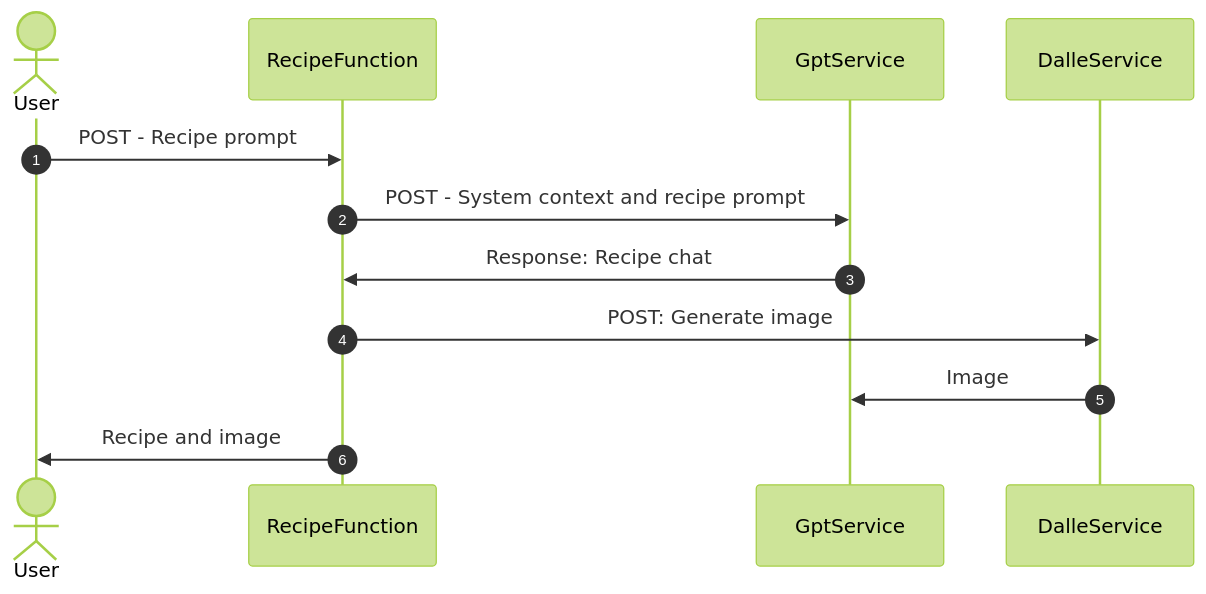
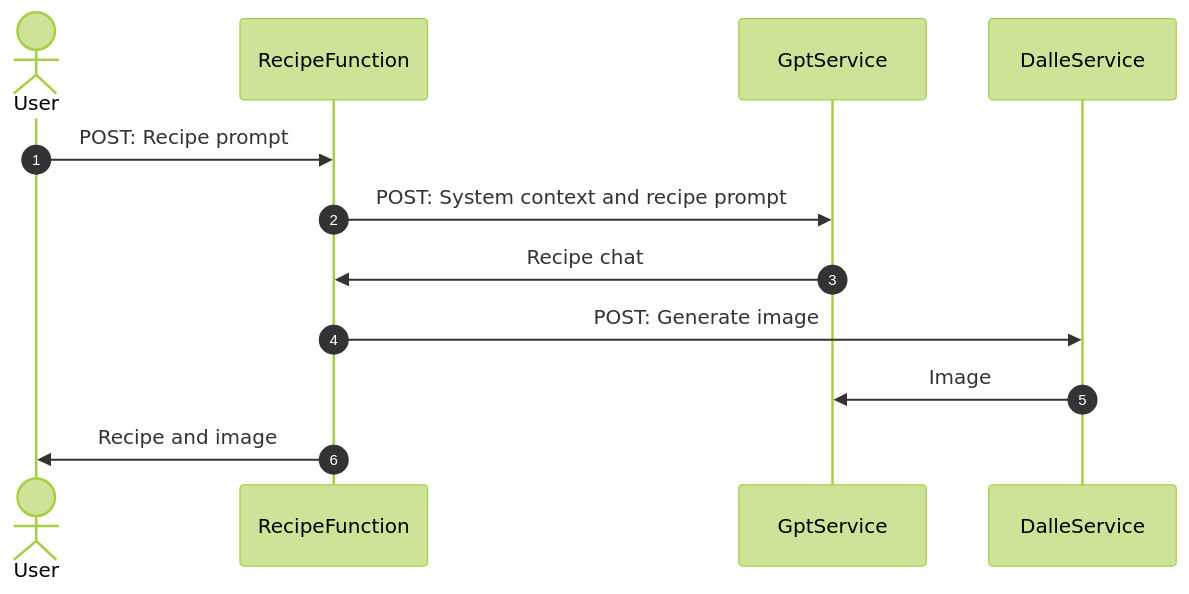
Before and after one commit to Miller-Kyle/chef-gpt: the diagram in README.md, drawn with Mermaid (forest theme). The commit also changed other lines of this file, not shown here.

````diff
--- a/README.md
+++ b/README.md
@@ -85,15 +85,15 @@
 ``` mermaid
 sequenceDiagram
     autonumber
     actor User
     participant RecipeFunction
     participant GptService
     participant DalleService
     
-    User->>RecipeFunction: POST - Recipe prompt
-    RecipeFunction->>GptService: POST - System context and recipe prompt
-    GptService->>RecipeFunction: Response: Recipe chat
+    User->>RecipeFunction: POST: Recipe prompt
+    RecipeFunction->>GptService: POST: System context and recipe prompt
+    GptService->>RecipeFunction: Recipe chat
     RecipeFunction->>DalleService: POST: Generate image
     DalleService->>GptService: Image
     RecipeFunction->>User: Recipe and image
 ```
````
